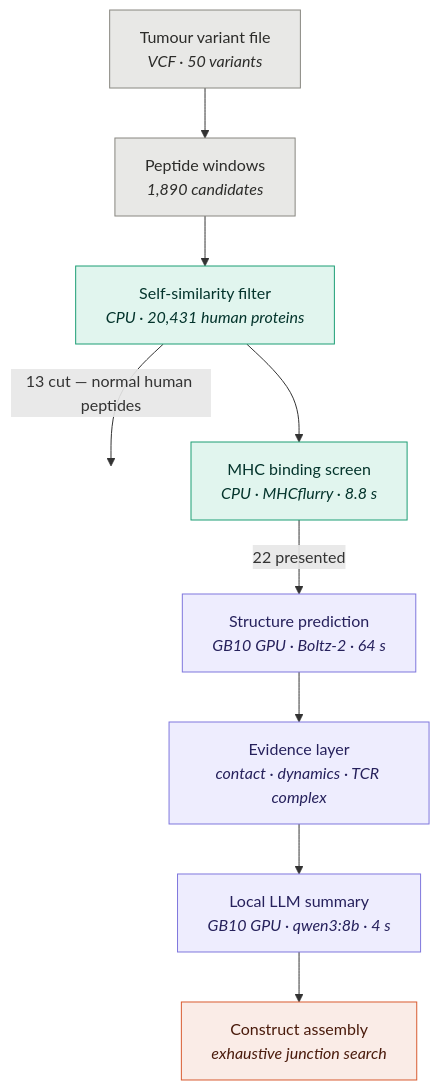
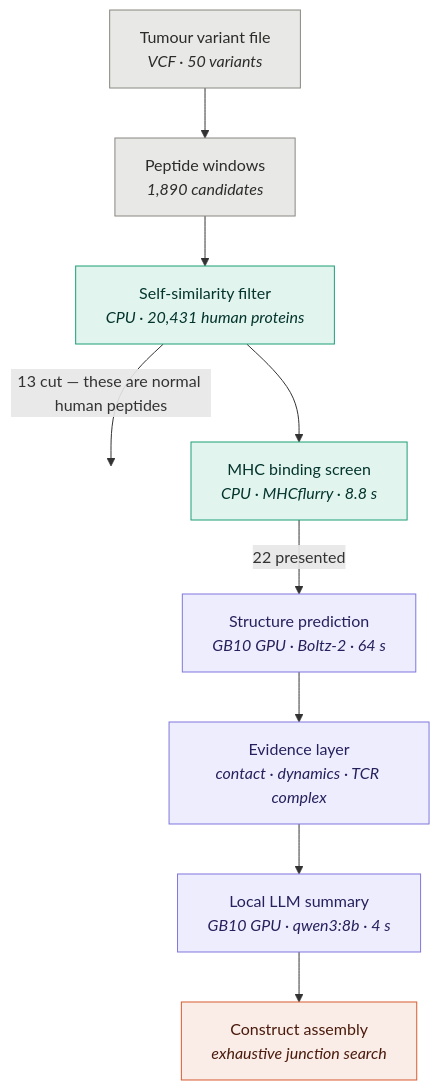
Before and after one commit to nitishsjsucs/neofold-edge: the fourth of 7 diagrams in README.md, drawn with Mermaid. The commit also changed other lines of this file and 1 other file, not shown here.

````diff
--- a/README.md
+++ b/README.md
@@ -93,21 +183,21 @@
 ```mermaid
 flowchart TD
     A["Tumour variant file<br/><i>VCF · 50 variants</i>"] --> B["Peptide windows<br/><i>1,890 candidates</i>"]
     B --> C["Self-similarity filter<br/><i>CPU · 20,431 human proteins</i>"]
-    C -->|"13 cut — normal human peptides"| X1[ ]
+    C -->|"13 cut — these are normal human peptides"| X1[ ]
     C --> D["MHC binding screen<br/><i>CPU · MHCflurry · 8.8 s</i>"]
     D -->|"22 presented"| E["Structure prediction<br/><i>GB10 GPU · Boltz-2 · 64 s</i>"]
     E --> F["Evidence layer<br/><i>contact · dynamics · TCR complex</i>"]
     F --> G["Local LLM summary<br/><i>GB10 GPU · qwen3:8b · 4 s</i>"]
     G --> H["Construct assembly<br/><i>exhaustive junction search</i>"]
 
     style X1 fill:none,stroke:none
     style A fill:#e8e8e6,stroke:#888780,color:#2c2c2a
     style B fill:#e8e8e6,stroke:#888780,color:#2c2c2a
     style C fill:#e1f5ee,stroke:#1d9e75,color:#04342c
     style D fill:#e1f5ee,stroke:#1d9e75,color:#04342c
     style E fill:#eeedfe,stroke:#7f77dd,color:#26215c
     style F fill:#eeedfe,stroke:#7f77dd,color:#26215c
     style G fill:#eeedfe,stroke:#7f77dd,color:#26215c
     style H fill:#faece7,stroke:#d85a30,color:#4a1b0c
 ```
````
